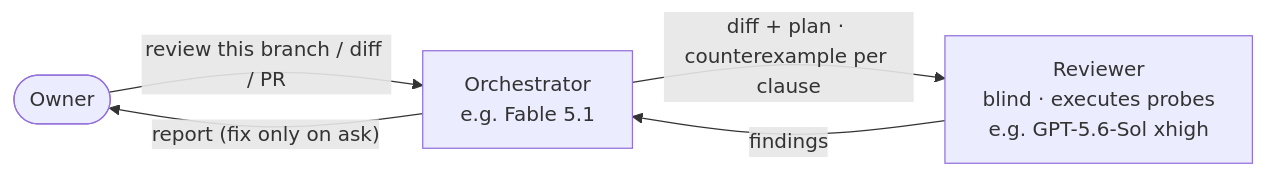
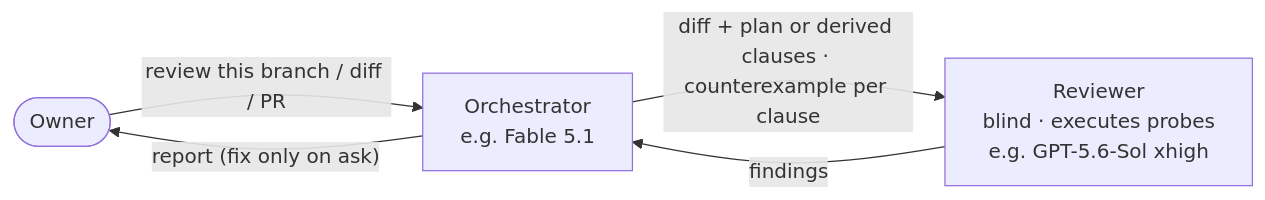
Before and after one commit to rucister/agent-workflow: the fourth of 4 diagrams in README.md, drawn with Mermaid. The commit also changed other lines of this file and 2 other files, not shown here.

First line of the commit message:
feat(review-rounds): broad first round, narrow later ones, no plan needed

````diff
--- a/README.md
+++ b/README.md
@@ -83,7 +89,7 @@
 ```mermaid
 flowchart LR
     OWNER(["Owner"]) -- "review this branch / diff / PR" --> ORCH["Orchestrator<br/>e.g. Fable 5.1"]
-    ORCH -- "diff + plan · counterexample per clause" --> REV["Reviewer<br/>blind · executes probes<br/>e.g. GPT-5.6-Sol xhigh"]
+    ORCH -- "diff + plan or derived clauses · counterexample per clause" --> REV["Reviewer<br/>blind · executes probes<br/>e.g. GPT-5.6-Sol xhigh"]
     REV -- "findings" --> ORCH
     ORCH -- "report (fix only on ask)" --> OWNER
 ```
````
